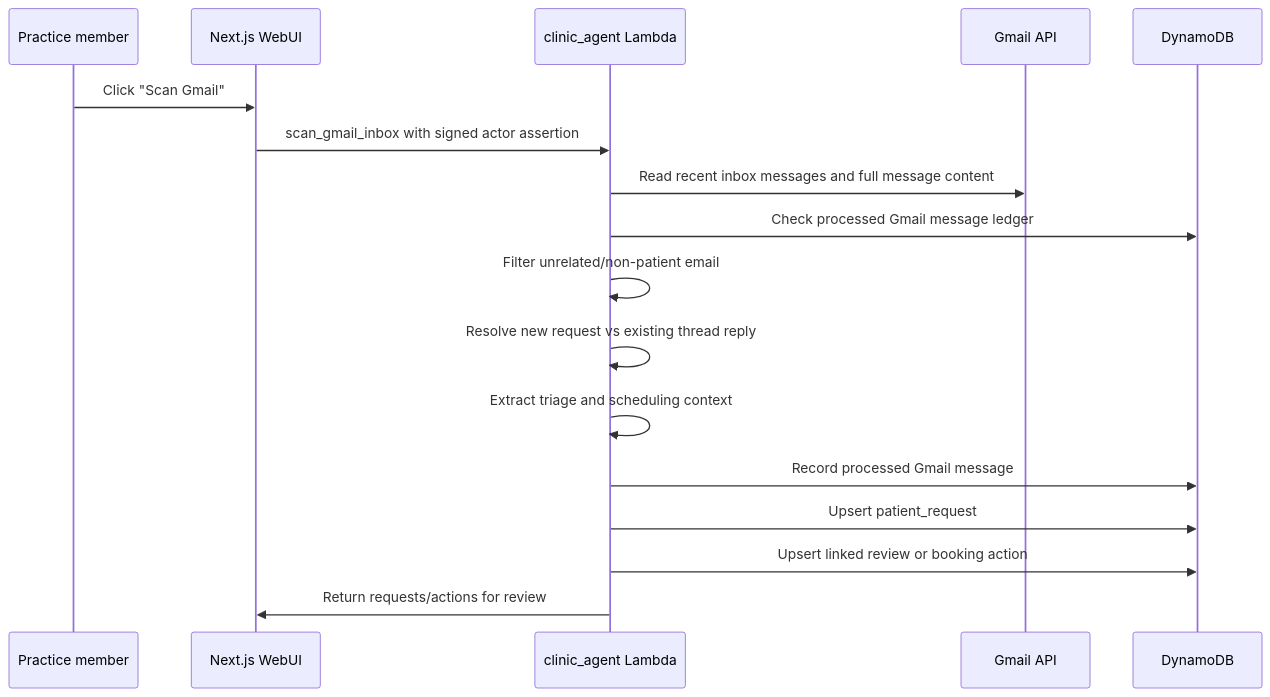
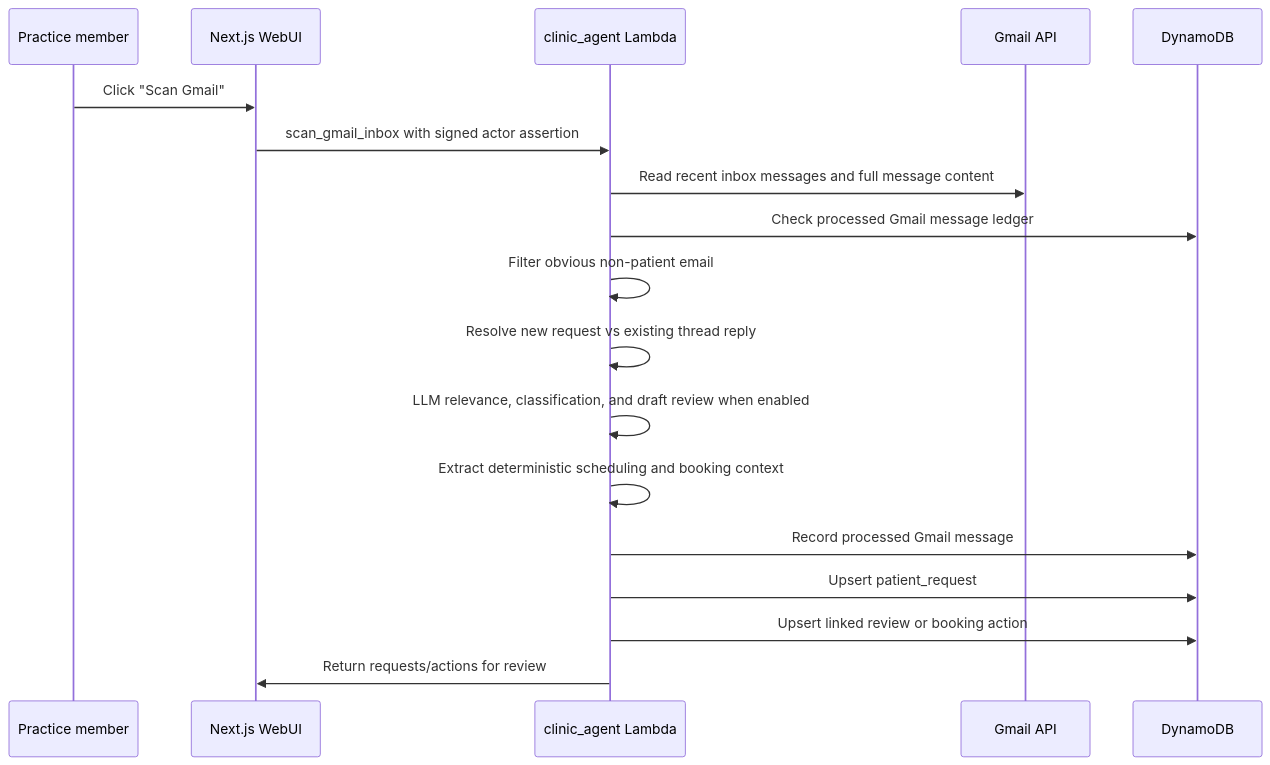
The third of 5 diagrams in docs/high-level-design.md (suhanisho/infiapp), drawn with Mermaid before and after one commit. The commit also changed other lines of this file and 7 other files, not shown here.

Commit message:
Add LLM-backed Gmail triage

````diff
--- a/docs/high-level-design.md
+++ b/docs/high-level-design.md
@@ -328,20 +329,21 @@
 ```mermaid
 sequenceDiagram
     participant User as Practice member
     participant Web as Next.js WebUI
     participant Lambda as clinic_agent Lambda
     participant Gmail as Gmail API
     participant DB as DynamoDB
 
     User->>Web: Click "Scan Gmail"
     Web->>Lambda: scan_gmail_inbox with signed actor assertion
     Lambda->>Gmail: Read recent inbox messages and full message content
     Lambda->>DB: Check processed Gmail message ledger
-    Lambda->>Lambda: Filter unrelated/non-patient email
+    Lambda->>Lambda: Filter obvious non-patient email
     Lambda->>Lambda: Resolve new request vs existing thread reply
-    Lambda->>Lambda: Extract triage and scheduling context
+    Lambda->>Lambda: LLM relevance, classification, and draft review when enabled
+    Lambda->>Lambda: Extract deterministic scheduling and booking context
     Lambda->>DB: Record processed Gmail message
     Lambda->>DB: Upsert patient_request
     Lambda->>DB: Upsert linked review or booking action
     Lambda->>Web: Return requests/actions for review
 ```
````
